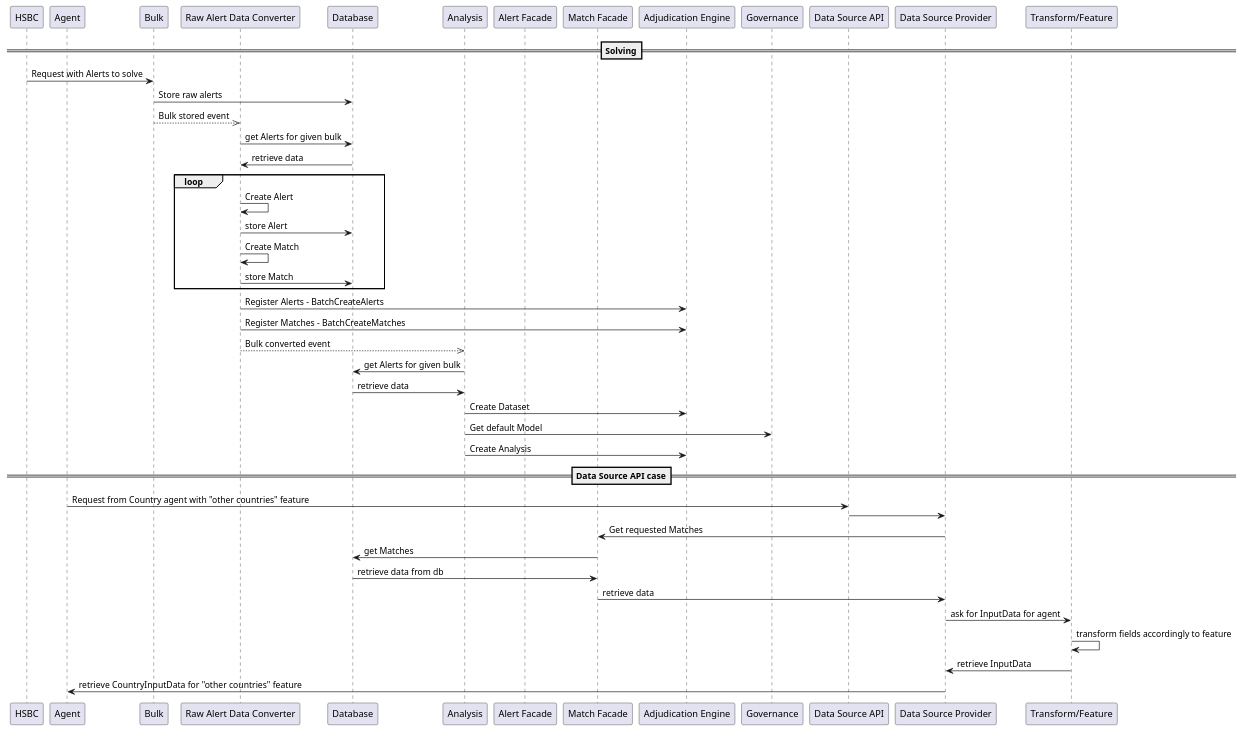
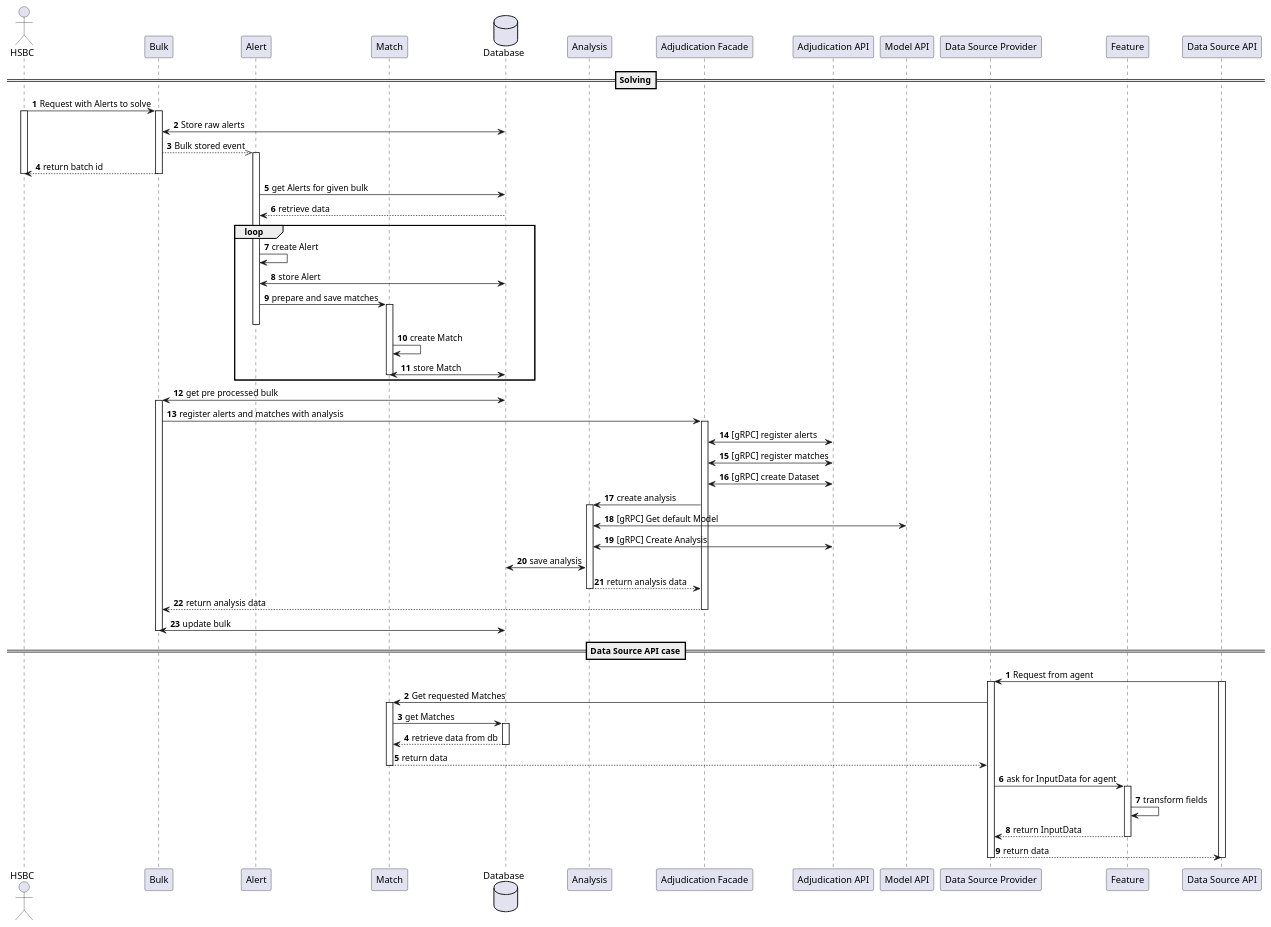
One commit to ngraczykowski/iris-root changed the diagram in modules/hsbc-bridge/docs/diagrams/bridge-bulk-internal-processing.adoc. Above: the diagram before and after it, drawn with PlantUML. The commit also changed 8 other files, not shown here.

Commit message:
INTERNAL: Review all documentation diagrams (ALL-256)

```diff
--- a/modules/hsbc-bridge/docs/diagrams/bridge-bulk-internal-processing.adoc
+++ b/modules/hsbc-bridge/docs/diagrams/bridge-bulk-internal-processing.adoc
@@ -2,72 +2,96 @@
 -----
 @startuml
 
-participant HSBC as a
-participant Agent as j
-participant Bulk as b
-participant "Raw Alert Data Converter" as c
-participant Database as d
-participant Analysis as e
-participant "Alert Facade" as f
-participant "Match Facade" as g
-participant "Adjudication Engine" as h
-participant Governance as i
+actor HSBC as a
 
+participant Bulk as bulk
 
+participant Analysis as analysis
+participant "Alert" as alert
+participant "Match" as match
+database Database as d
+participant Analysis as analysis
+participant "Adjudication Facade" as ae
+participant "Adjudication API" as ae_api
+participant "Model API" as model
+
+participant "Data Source Provider" as l
+participant "Feature" as m
 participant "Data Source API" as k
-participant "Data Source Provider" as l
-participant "Transform/Feature" as m
 
 ==Solving==
+autonumber
 
-a -> b: Request with Alerts to solve
-b -> d: Store raw alerts
-b -->> c: Bulk stored event
-c -> d: get Alerts for given bulk
-d -> c: retrieve data
+a -> bulk: Request with Alerts to solve
+activate a
+activate bulk
+
+bulk <-> d: Store raw alerts
+bulk -->> alert: Bulk stored event
+activate alert
+bulk --> a: return batch id
+deactivate a
+deactivate bulk
+alert -> d: get Alerts for given bulk
+d --> alert: retrieve data
 loop
-    c -> c: Create Alert
-    c -> d: store Alert
-    c -> c: Create Match
-    c -> d: store Match
+    alert -> alert: create Alert
+    alert <-> d: store Alert
+    alert -> match: prepare and save matches
+    activate match
+    deactivate alert
+    match -> match: create Match
+    match <-> d: store Match
+    deactivate match
 end
-c -> h: Register Alerts - BatchCreateAlerts
-c -> h: Register Matches - BatchCreateMatches
 
-c -->> e: Bulk converted event
-'group "Can be removed"
-'e -> d: get Alerts id list for given bulk
-'d -> e: retrieve data
-'e -> f: get Alerts data
-'f -> d: ask for data
-'d -> f: retrieve data
-'f -> e: return data
-'e -> h: Register Alerts
-'e -> g: get Matches data
-'g -> d: ask for data
-'d -> g: retrieve data
-'g -> e: return data
-'e -> h: Register Matches
-'end group
-e -> d: get Alerts for given bulk
-d -> e: retrieve data
-e -> h: Create Dataset
-e -> i: Get default Model
-e -> h: Create Analysis
+bulk <-> d: get pre processed bulk
+activate bulk
+bulk -> ae: register alerts and matches with analysis
+activate ae
+ae <-> ae_api: [gRPC] register alerts
+ae <-> ae_api: [gRPC] register matches
+ae <-> ae_api: [gRPC] create Dataset
+
+ae -> analysis: create analysis
+activate analysis
+
+analysis <-> model: [gRPC] Get default Model
+analysis <-> ae_api: [gRPC] Create Analysis
+analysis <-> d: save analysis
+analysis --> ae: return analysis data
+deactivate analysis
+
+ae --> bulk: return analysis data
+deactivate ae
+
+bulk <-> d: update bulk
+deactivate bulk
 
 ==Data Source API case==
+autonumber
 
-j -> k: Request from Country agent with "other countries" feature
-k -> l:
-l -> g: Get requested Matches
-g -> d: get Matches
-d -> g: retrieve data from db
-g -> l: retrieve data
+k -> l: Request from agent
+activate k
+activate l
+l -> match: Get requested Matches
+activate match
+
+match -> d: get Matches
+activate d
+d --> match: retrieve data from db
+deactivate d
+match --> l: return data
+deactivate match
+
 l -> m: ask for InputData for agent
-m -> m: transform fields accordingly to feature
-m -> l: retrieve InputData
-l -> j: retrieve CountryInputData for "other countries" feature
-
+activate m
+m -> m: transform fields
+m --> l: return InputData
+deactivate m
+l --> k: return data
+deactivate l
+deactivate k
 
 @enduml
 -----
```
